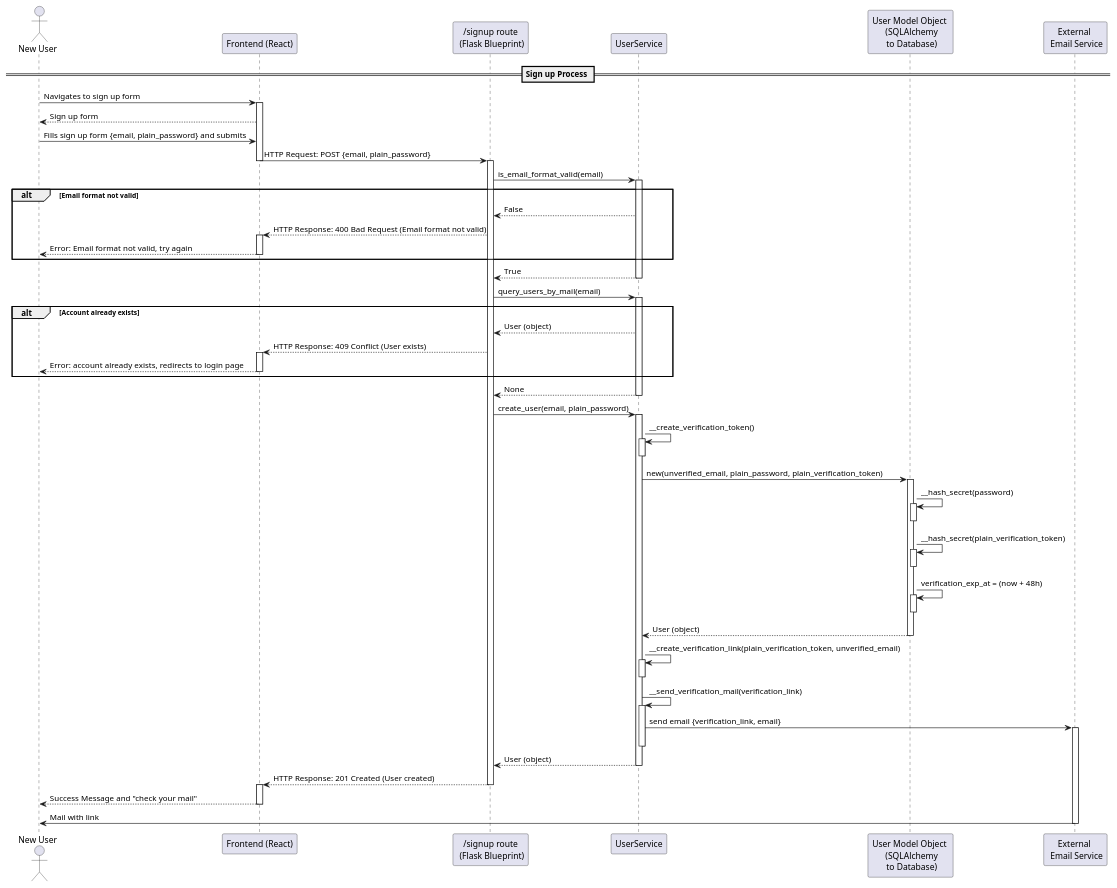
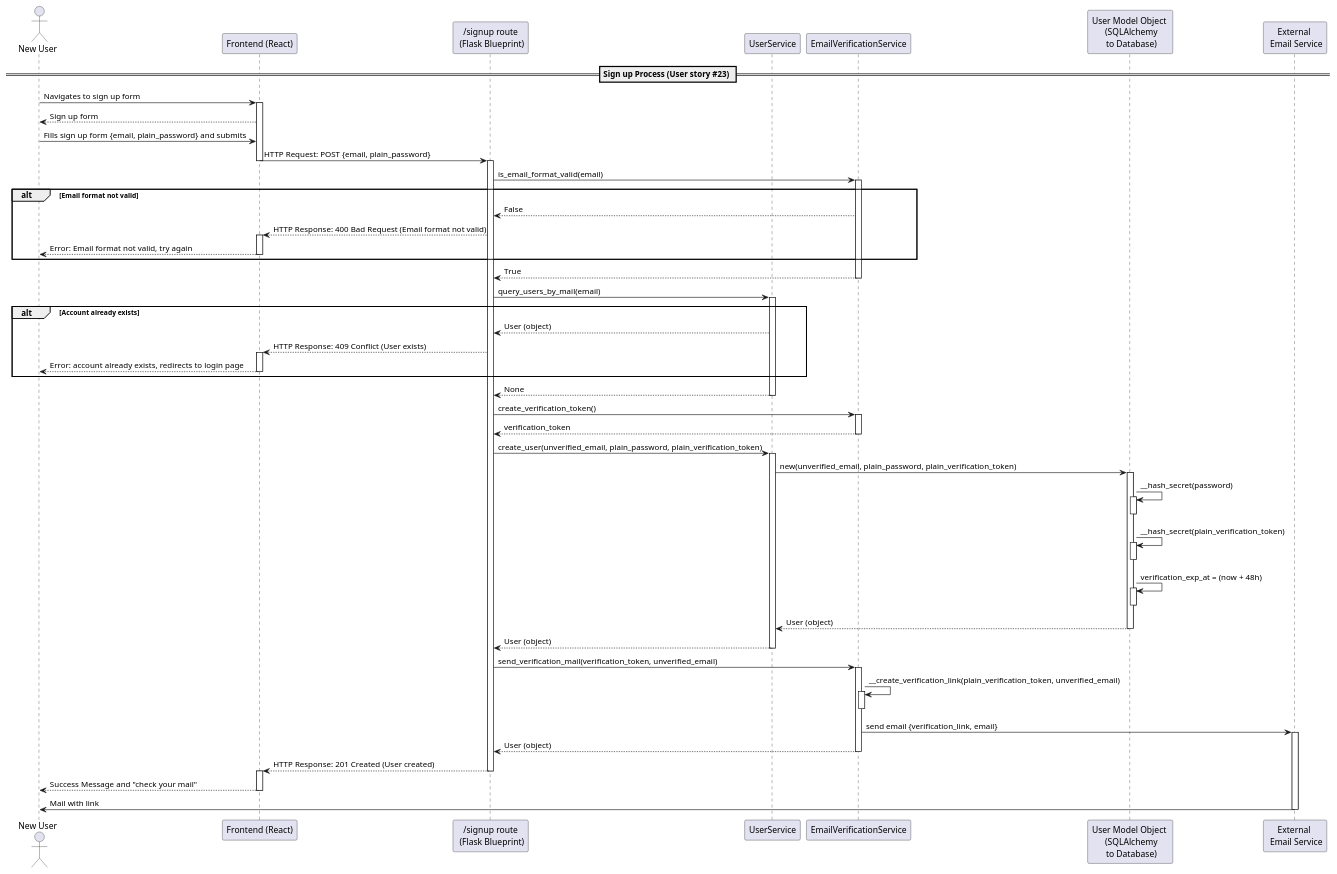
The diagram in docs/diagrams/uml/sequence/sign_up.puml (dominikoetiker/TheMentalLoadHub), drawn with PlantUML before and after one commit. The commit also changed 2 other files, not shown here.

Commit message:
Update sign-up sequence diagram SVG
Replaces the existing `sign_up-0.svg` with an updated version. Ensures the diagram reflects the latest process flow and remains consistent with current documentation.

```diff
--- a/docs/diagrams/uml/sequence/sign_up.puml
+++ b/docs/diagrams/uml/sequence/sign_up.puml
@@ -1,74 +1,78 @@
 @startuml
 actor "New User" as AppUser
 participant "Frontend (React)" as FE
 participant "/signup route\n (Flask Blueprint)" as SR
 participant "UserService" as US
+participant "EmailVerificationService" as AS
 participant "User Model Object \n (SQLAlchemy\n to Database)" as UM
 participant "External \n Email Service" as Mail
 
-== Sign up Process ==
+== Sign up Process (User story #23) ==
 AppUser -> FE : Navigates to sign up form
 activate FE
 AppUser <-- FE : Sign up form
 AppUser -> FE : Fills sign up form {email, plain_password} and submits
 FE -> SR : HTTP Request: POST {email, plain_password}
 deactivate FE
 activate SR
-SR -> US : is_email_format_valid(email)
-activate US
+SR -> AS : is_email_format_valid(email)
+activate AS
 alt Email format not valid
-    SR <-- US : False
+    SR <-- AS : False
     FE <-- SR : HTTP Response: 400 Bad Request (Email format not valid)
     activate FE
     AppUser <-- FE : Error: Email format not valid, try again
     deactivate FE
 end
-SR <-- US : True
-deactivate US
+SR <-- AS : True
+deactivate AS
 SR -> US : query_users_by_mail(email)
 activate US
 alt Account already exists
     SR <-- US : User (object)
     FE <-- SR : HTTP Response: 409 Conflict (User exists)
     activate FE
     AppUser <-- FE : Error: account already exists, redirects to login page
     deactivate FE
 end
 SR <-- US : None
 deactivate US
-SR -> US : create_user(email, plain_password)
+SR -> AS : create_verification_token()
+activate AS
+SR <-- AS : verification_token
+deactivate AS
+SR -> US : create_user(unverified_email, plain_password, plain_verification_token)
 activate US
-US -> US : __create_verification_token()
-activate US
-deactivate US
 US -> UM : new(unverified_email, plain_password, plain_verification_token)
 activate UM
 UM -> UM : __hash_secret(password)
 activate UM
 deactivate UM
 UM -> UM : __hash_secret(plain_verification_token)
 activate UM
 deactivate UM
 UM -> UM : verification_exp_at = (now + 48h)
 activate UM
 deactivate UM
 US <-- UM : User (object)
 deactivate UM
-US -> US : __create_verification_link(plain_verification_token, unverified_email)
-activate US
-deactivate US
-US -> US : __send_verification_mail(verification_link)
-activate US
-US -> Mail : send email {verification_link, email}
-activate Mail
-deactivate US
 SR <-- US : User (object)
 deactivate US
+SR -> AS : send_verification_mail(verification_token, unverified_email)
+activate AS
+AS -> AS : __create_verification_link(plain_verification_token, unverified_email)
+activate AS
+deactivate AS
+AS -> Mail : send email {verification_link, email}
+activate Mail
+SR <-- AS : User (object)
+deactivate AS
+deactivate AS
 FE <-- SR : HTTP Response: 201 Created (User created)
 deactivate SR
 activate FE
 AppUser <-- FE : Success Message and "check your mail"
 deactivate FE
 AppUser <- Mail : Mail with link
 deactivate Mail
 @enduml
```
